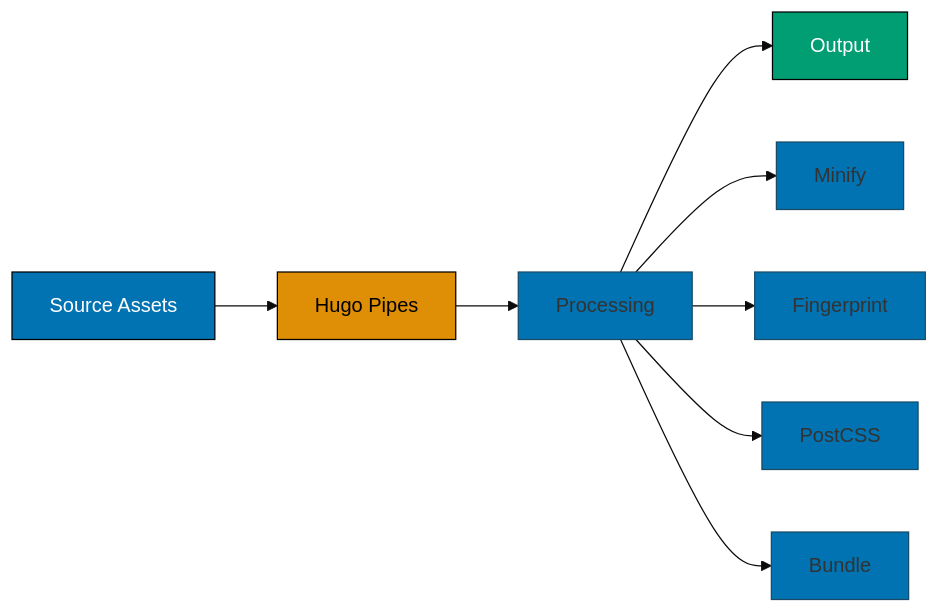
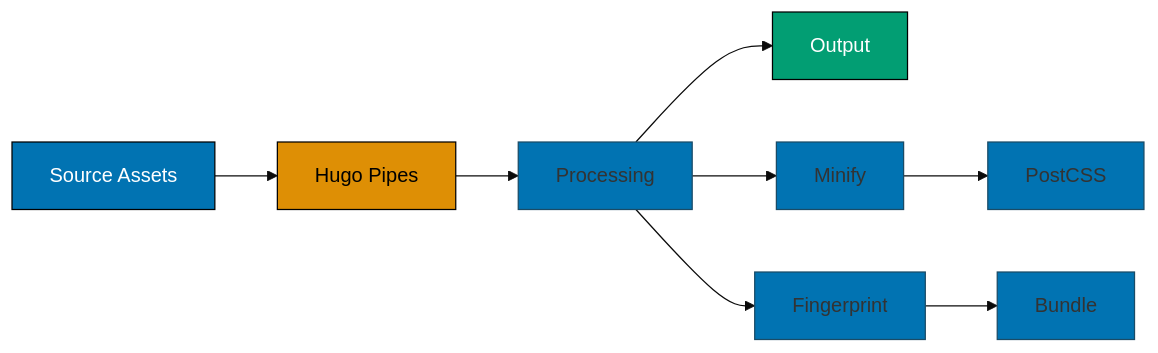
The second of 4 diagrams in governance/development/hugo/development.md (wahidyankf/open-sharia-enterprise), drawn with Mermaid before and after one commit. The commit also changed 15 other files, not shown here.

First line of the commit message:
fix(governance): fix pre-existing mermaid diagram violations in governance docs

````diff
--- a/governance/development/hugo/development.md
+++ b/governance/development/hugo/development.md
@@ -319,18 +319,18 @@
 ```mermaid
 %%{init: {'theme': 'base', 'themeVariables': { 'primaryColor': '#0173B2', 'secondaryColor': '#DE8F05', 'tertiaryColor': '#029E73'}}}%%
 %% Color Palette: Blue #0173B2, Orange #DE8F05, Teal #029E73
 %% All colors are color-blind friendly and meet WCAG AA contrast standards
 graph LR
  A[Source Assets] --> B[Hugo Pipes]
  B --> C[Processing]
  C --> D[Output]
 
  C --> E[Minify]
  C --> F[Fingerprint]
- C --> G[PostCSS]
- C --> H[Bundle]
+ E --> G[PostCSS]
+ F --> H[Bundle]
 
  style A fill:#0173B2,stroke:#000,color:#fff
  style B fill:#DE8F05,stroke:#000,color:#000
  style D fill:#029E73,stroke:#000,color:#fff
 ```
````
